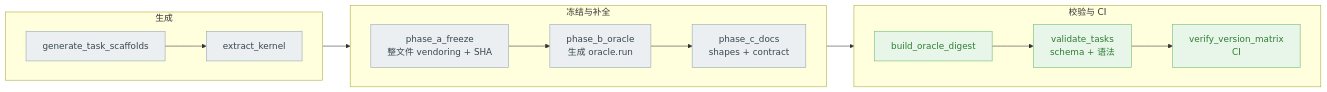
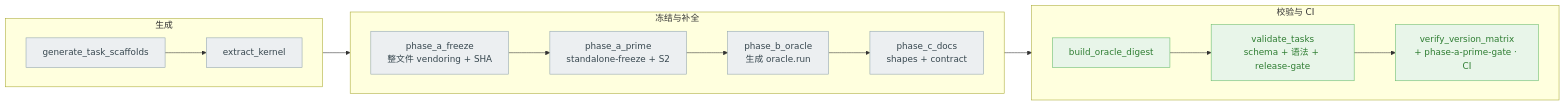
Before and after one commit to Gxj230958/TritonAscendBench: the ninth of 11 diagrams in docs/DESIGN.md, drawn with Mermaid. The commit also changed other lines of this file and 37 other files, not shown here.

First line of the commit message:
Phase A': standalone-freeze + S2 + provenance-keyed verdict cache

````diff
--- a/docs/DESIGN.md
+++ b/docs/DESIGN.md
@@ -552,23 +556,24 @@
 ```mermaid
 flowchart LR
     subgraph GEN["生成"]
         direction LR
         A["generate_task_scaffolds"] --> B["extract_kernel"]
     end
     subgraph FREEZE["冻结与补全"]
         direction LR
         B --> C["phase_a_freeze<br/>整文件 vendoring + SHA"]
-        C --> D["phase_b_oracle<br/>生成 oracle.run"]
+        C --> C2["phase_a_prime<br/>standalone-freeze + S2"]
+        C2 --> D["phase_b_oracle<br/>生成 oracle.run"]
         D --> E["phase_c_docs<br/>shapes + contract"]
     end
     subgraph CHECK["校验与 CI"]
         direction LR
         E --> F["build_oracle_digest"]
-        F --> G["validate_tasks<br/>schema + 语法"]
-        G --> H["verify_version_matrix<br/>CI"]
+        F --> G["validate_tasks<br/>schema + 语法 + release-gate"]
+        G --> H["verify_version_matrix<br/>+ phase-a-prime-gate · CI"]
     end
     classDef provider fill:#ECEFF1,stroke:#90A4AE,color:#37474F;
     classDef check fill:#E8F5E9,stroke:#66BB6A,color:#2E7D32;
-    class A,B,C,D,E provider;
+    class A,B,C,C2,D,E provider;
     class F,G,H check;
 ```
````
